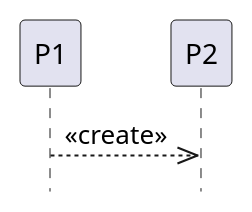
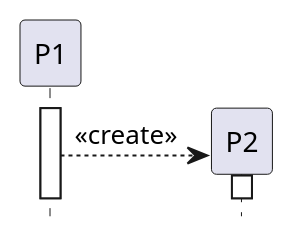
One commit to gigl-uml/Guide_uml_polymtl changed the diagram in plant_uml/createMessageExample.plantuml. Above: the diagram before and after it, drawn with PlantUML. The commit also changed 20 other files, not shown here.

Commit message:
modified plantUML diagrams

```diff
--- a/plant_uml/createMessageExample.plantuml
+++ b/plant_uml/createMessageExample.plantuml
@@ -1,11 +1,14 @@
 @startuml
 skinparam backgroundcolor transparent
 hide footbox
 
 participant P1
 participant P2
 
-P1 -[dotted]->> P2: <<create>>
+activate P1
+create P2
+P1 --> P2 : <<create>>
 
+activate P2
 
 @enduml
```
